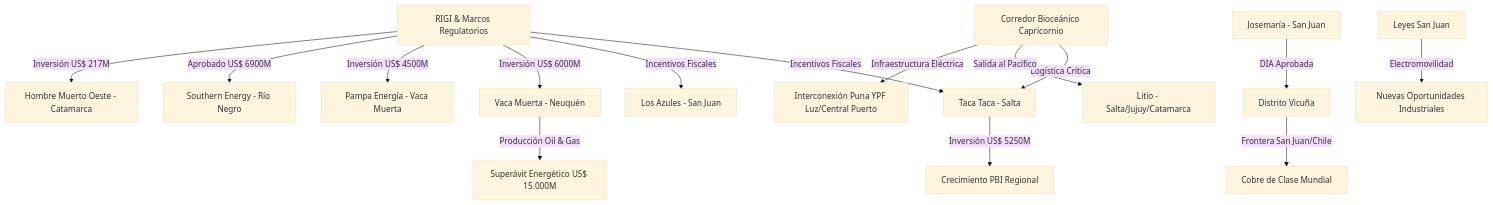
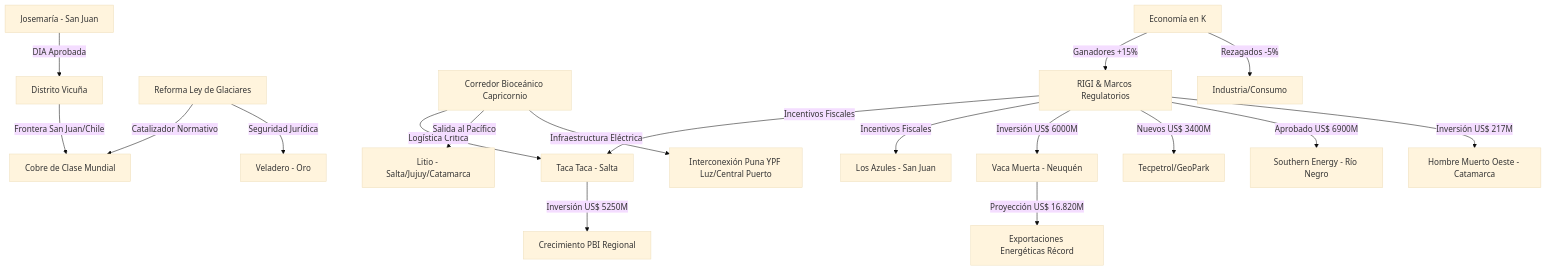
The diagram in wiki/03 Analysis/Oportunidades y Conexiones.md (GustavoDago/argentina-mining-vault), drawn with Mermaid (base theme) before and after one commit. The commit also changed other lines of this file and 8 other files, not shown here.

First line of the commit message:
Daily update 2026-04-05: Glacier Law reform debate, record Vaca Muerta export projections, and San Juan mining leadership.

````diff
--- a/wiki/03 Analysis/Oportunidades y Conexiones.md
+++ b/wiki/03 Analysis/Oportunidades y Conexiones.md
@@ -18,21 +19,25 @@
 ```mermaid
 graph TD
     RIGI[RIGI & Marcos Regulatorios] --> |Incentivos Fiscales| TacaTaca[Taca Taca - Salta]
     RIGI --> |Incentivos Fiscales| LosAzules[Los Azules - San Juan]
     RIGI --> |Inversión US$ 6000M| VacaMuerta[Vaca Muerta - Neuquén]
-    RIGI --> |Inversión US$ 4500M| Pampa[Pampa Energía - Vaca Muerta]
+    RIGI --> |Nuevos US$ 3400M| VMNuevos[Tecpetrol/GeoPark]
     RIGI --> |Aprobado US$ 6900M| Southern[Southern Energy - Río Negro]
     RIGI --> |Inversión US$ 217M| HMW[Hombre Muerto Oeste - Catamarca]
+
+    LG[Reforma Ley de Glaciares] --> |Catalizador Normativo| Cobre[Cobre de Clase Mundial]
+    LG --> |Seguridad Jurídica| Veladero[Veladero - Oro]
 
     CBC[Corredor Bioceánico Capricornio] --> |Logística Crítica| TacaTaca
     CBC --> |Salida al Pacífico| Litio[Litio - Salta/Jujuy/Catamarca]
     CBC --> |Infraestructura Eléctrica| PunaEnergy[Interconexión Puna YPF Luz/Central Puerto]
 
     TacaTaca --> |Inversión US$ 5250M| PBI_Salta[Crecimiento PBI Regional]
-    VacaMuerta --> |Producción Oil & Gas| Superavit[Superávit Energético US$ 15.000M]
+    VacaMuerta --> |Proyección US$ 16.820M| ExportEnergy[Exportaciones Energéticas Récord]
 
     Josemaria[Josemaría - San Juan] --> |DIA Aprobada| Vicuña[Distrito Vicuña]
-    Vicuña --> |Frontera San Juan/Chile| Cobre[Cobre de Clase Mundial]
+    Vicuña --> |Frontera San Juan/Chile| Cobre
 
-    SJ_Leyes[Leyes San Juan] --> |Electromovilidad| OportunidadSJ[Nuevas Oportunidades Industriales]
+    K_Econ[Economía en K] --> |Ganadores +15%| RIGI
+    K_Econ --> |Rezagados -5%| MercadoInterno[Industria/Consumo]
 ```
````
